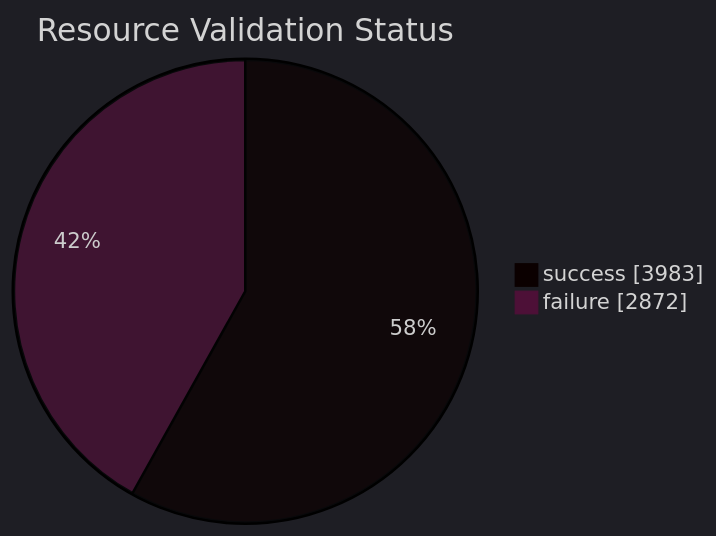
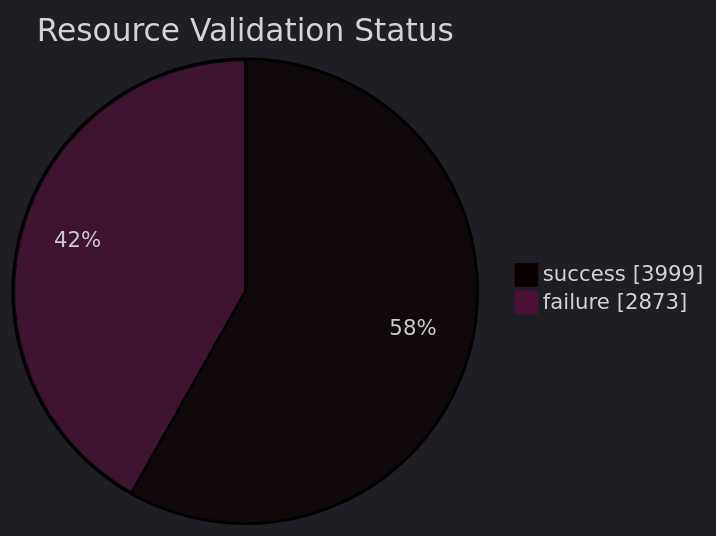
The diagram in datastore_tracker/resource_validation_status_pie_chart.md (open-data/analytics-corporate-reporting), drawn with Mermaid before and after one commit. The commit also changed 15 other files, not shown here.

````diff
--- a/datastore_tracker/resource_validation_status_pie_chart.md
+++ b/datastore_tracker/resource_validation_status_pie_chart.md
@@ -2,9 +2,9 @@
 ```mermaid
 ---
 config:
   theme: dark
 ---
 pie showData title Resource Validation Status
-    "success": 3983
-    "failure": 2872
+    "success": 3999
+    "failure": 2873
 ```
````
